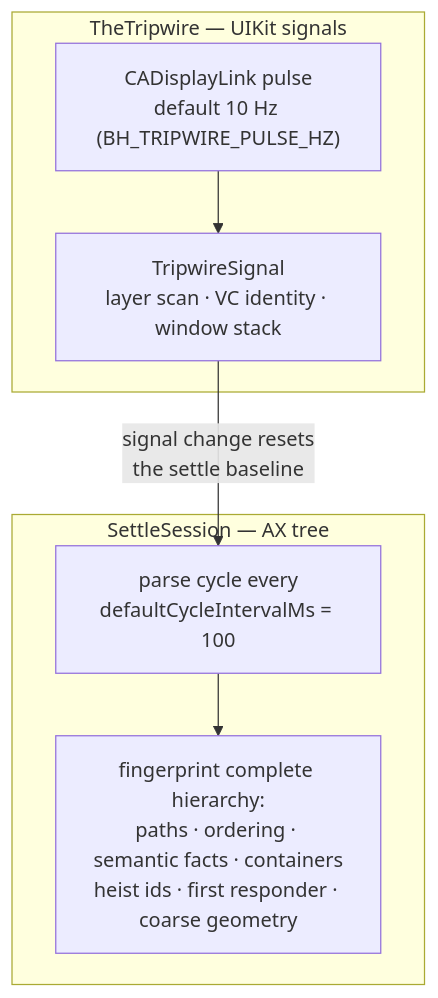
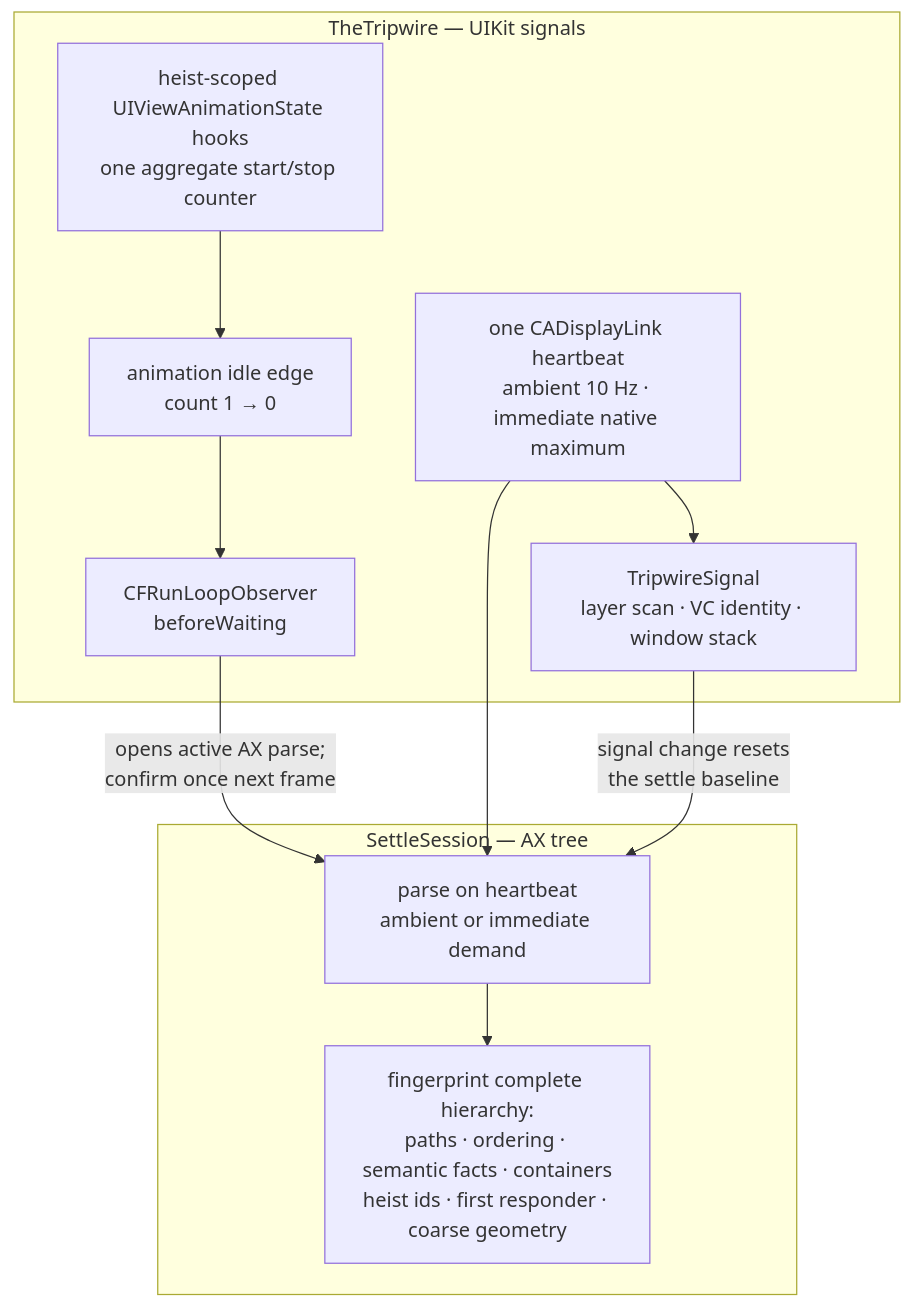
Before and after one commit to RoyalPineapple/TheButtonHeist: the second of 2 diagrams in docs/diagrams/settle-loop.md, drawn with Mermaid. The commit also changed other lines of this file and 37 other files, not shown here.

First line of the commit message:
Unify UI settlement on one display heartbeat (#1376)

````diff
--- a/docs/diagrams/settle-loop.md
+++ b/docs/diagrams/settle-loop.md
@@ -37,14 +51,20 @@
 ```mermaid
 flowchart TD
     subgraph tripwire["TheTripwire — UIKit signals"]
-        PULSE["CADisplayLink pulse<br/>default 10 Hz (BH_TRIPWIRE_PULSE_HZ)"]
+        ANIMATION["heist-scoped UIViewAnimationState hooks<br/>one aggregate start/stop counter"]
+        ANIMATION_IDLE["animation idle edge<br/>count 1 → 0"]
+        RUN_LOOP_IDLE["CFRunLoopObserver<br/>beforeWaiting"]
+        PULSE["one CADisplayLink heartbeat<br/>ambient 10 Hz · immediate native maximum"]
         SIGNAL["TripwireSignal<br/>layer scan · VC identity · window stack"]
+        ANIMATION --> ANIMATION_IDLE --> RUN_LOOP_IDLE
         PULSE --> SIGNAL
     end
     subgraph settle["SettleSession — AX tree"]
-        PARSE["parse cycle every<br/>defaultCycleIntervalMs = 100"]
+        PARSE["parse on heartbeat<br/>ambient or immediate demand"]
         FP["fingerprint complete hierarchy:<br/>paths · ordering · semantic facts · containers<br/>heist ids · first responder · coarse geometry"]
         PARSE --> FP
     end
+    RUN_LOOP_IDLE -- "opens active AX parse;<br/>confirm once next frame" --> PARSE
+    PULSE --> PARSE
     SIGNAL -- "signal change resets<br/>the settle baseline" --> PARSE
 ```
````
